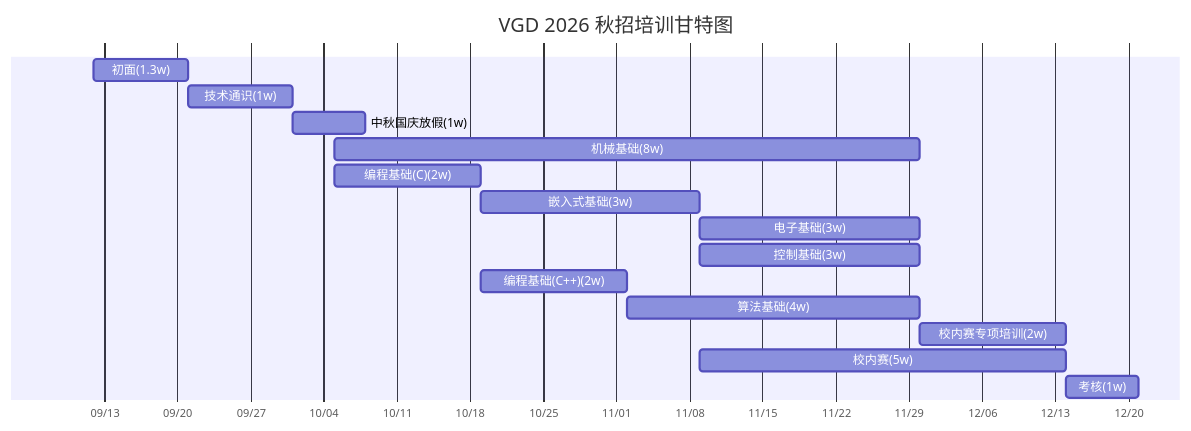
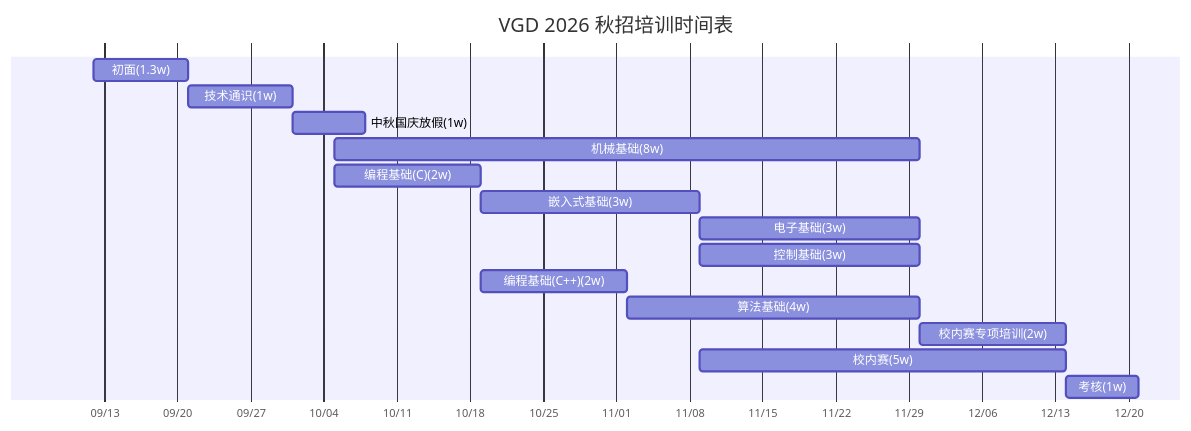
The diagram in training.md (chuvgd/chuvgd-wiki), drawn with Mermaid before and after one commit. The commit also changed other lines of this file, not shown here.

````diff
--- a/training.md
+++ b/training.md
@@ -105,20 +69,20 @@
 ```mermaid
 gantt
-    title VGD 2026 秋招培训甘特图
+    title VGD 2026 秋招培训时间表
     dateFormat YYYY-MM-DD
     axisFormat %m/%d
 
     初面(1.3w): 2026-09-12, 9d
     技术通识(1w): 2026-09-21, 10d
     中秋国庆放假(1w): 2026-10-01, 7d
     机械基础(8w): 2026-10-05, 56d
     编程基础(C)(2w): 2026-10-05, 14d
     嵌入式基础(3w): 2026-10-19, 21d
     电子基础(3w): 2026-11-09, 21d
     控制基础(3w): 2026-11-09, 21d
     编程基础(C++)(2w): 2026-10-19, 14d
     算法基础(4w): 2026-11-02, 28d
     校内赛专项培训(2w): 2026-11-30, 14d
     校内赛(5w): 2026-11-09, 35d
     考核(1w): 2026-12-14, 7d
 ```
````
